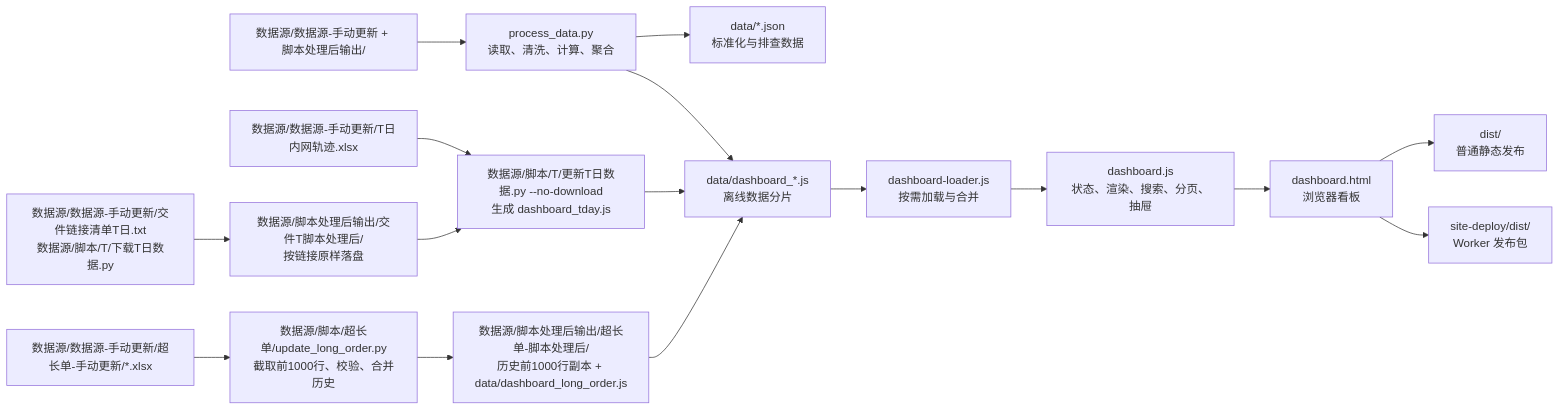
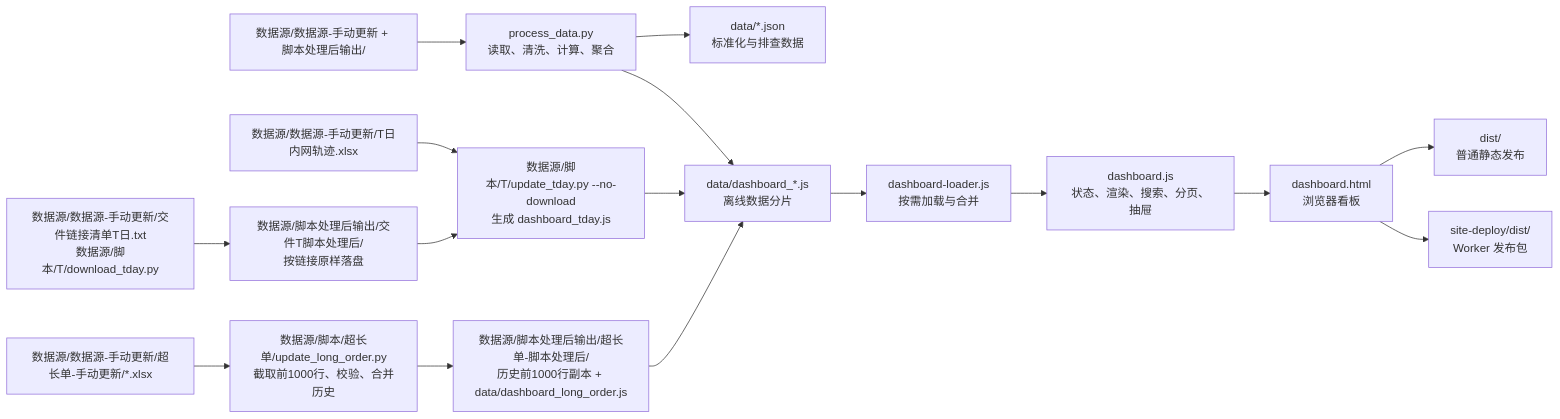
One commit to vito-xia/jiaojian changed the diagram in 项目交接文档.md. Above: the diagram before and after it, drawn with Mermaid. The commit also changed other lines of this file and 17 other files, not shown here.

````diff
--- a/项目交接文档.md
+++ b/项目交接文档.md
@@ -64,18 +64,18 @@
 ```mermaid
 flowchart LR
     A["数据源/数据源-手动更新 + 脚本处理后输出/"] --> B["process_data.py<br/>读取、清洗、计算、聚合"]
-    T["数据源/数据源-手动更新/交件链接清单T日.txt<br/>数据源/脚本/T/下载T日数据.py"] --> U["数据源/脚本处理后输出/交件T脚本处理后/<br/>按链接原样落盘"]
+    T["数据源/数据源-手动更新/交件链接清单T日.txt<br/>数据源/脚本/T/download_tday.py"] --> U["数据源/脚本处理后输出/交件T脚本处理后/<br/>按链接原样落盘"]
     X["数据源/数据源-手动更新/T日内网轨迹.xlsx"] --> V
-    U --> V["数据源/脚本/T/更新T日数据.py --no-download<br/>生成 dashboard_tday.js"]
+    U --> V["数据源/脚本/T/update_tday.py --no-download<br/>生成 dashboard_tday.js"]
     B --> C["data/*.json<br/>标准化与排查数据"]
     B --> D["data/dashboard_*.js<br/>离线数据分片"]
     V --> D
     LO["数据源/数据源-手动更新/超长单-手动更新/*.xlsx"] --> LP["数据源/脚本/超长单/update_long_order.py<br/>截取前1000行、校验、合并历史"]
     LP --> LD["数据源/脚本处理后输出/超长单-脚本处理后/<br/>历史前1000行副本 + data/dashboard_long_order.js"]
     LD --> D
     D --> E["dashboard-loader.js<br/>按需加载与合并"]
     E --> F["dashboard.js<br/>状态、渲染、搜索、分页、抽屉"]
     F --> G["dashboard.html<br/>浏览器看板"]
     G --> H["dist/<br/>普通静态发布"]
     G --> I["site-deploy/dist/<br/>Worker 发布包"]
 ```
````
